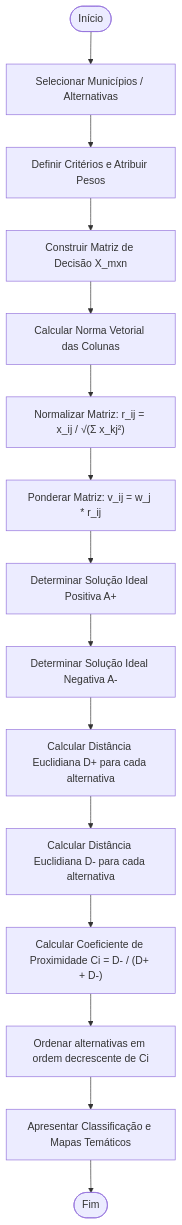
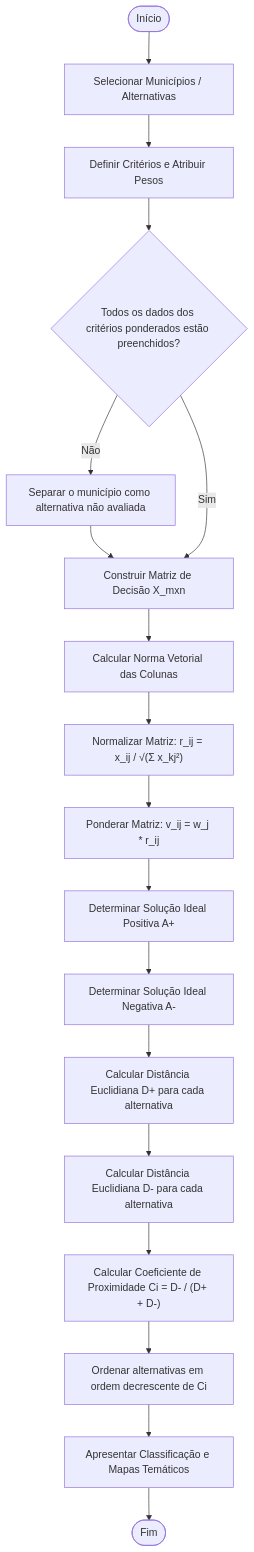
The fourth of 6 diagrams in docs/uml/diagramas_uml_completos.md (ironJohnsson/Restoraveis2), drawn with Mermaid before and after one commit. The commit also changed other lines of this file and 18 other files, not shown here.

````diff
--- a/docs/uml/diagramas_uml_completos.md
+++ b/docs/uml/diagramas_uml_completos.md
@@ -182,17 +210,20 @@
 ```mermaid
 flowchart TD
     Start([Início]) --> A[Selecionar Municípios / Alternativas]
     A --> B[Definir Critérios e Atribuir Pesos]
-    B --> C[Construir Matriz de Decisão X_mxn]
+    B --> B2{Todos os dados dos critérios ponderados estão preenchidos?}
+    B2 -->|Não| B3[Separar o município como alternativa não avaliada]
+    B3 --> C
+    B2 -->|Sim| C[Construir Matriz de Decisão X_mxn]
     C --> D[Calcular Norma Vetorial das Colunas]
     D --> E["Normalizar Matriz: r_ij = x_ij / √(Σ x_kj²)"]
     E --> F["Ponderar Matriz: v_ij = w_j * r_ij"]
     F --> G["Determinar Solução Ideal Positiva A+"]
     G --> H["Determinar Solução Ideal Negativa A-"]
     H --> I["Calcular Distância Euclidiana D+ para cada alternativa"]
     I --> J["Calcular Distância Euclidiana D- para cada alternativa"]
     J --> K["Calcular Coeficiente de Proximidade Ci = D- / (D+ + D-)"]
     K --> L["Ordenar alternativas em ordem decrescente de Ci"]
     L --> M[Apresentar Classificação e Mapas Temáticos]
     M --> EndNode([Fim])
 ```
````
